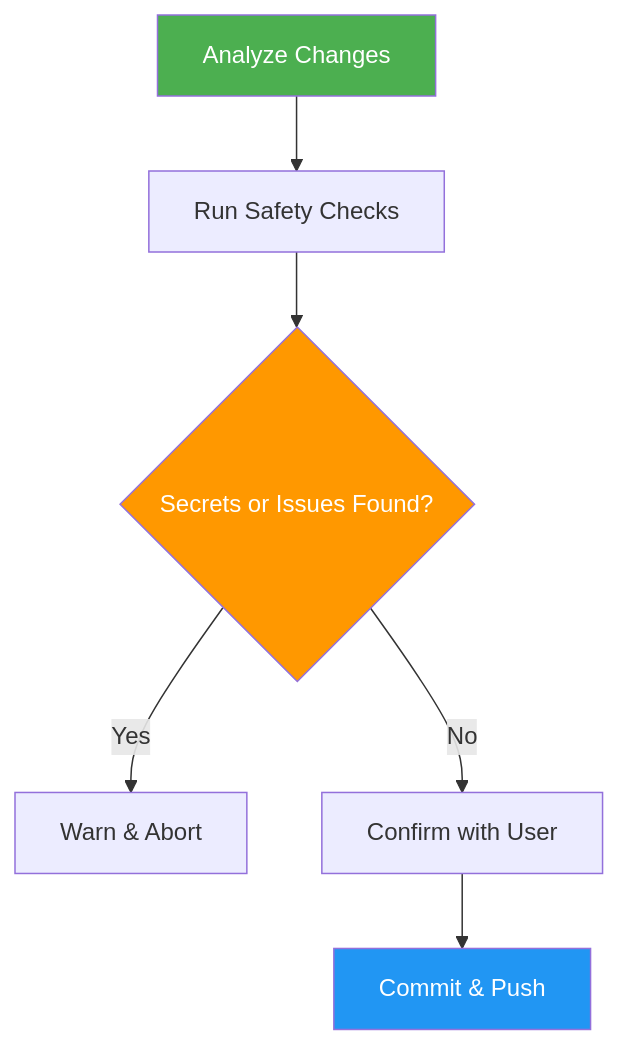
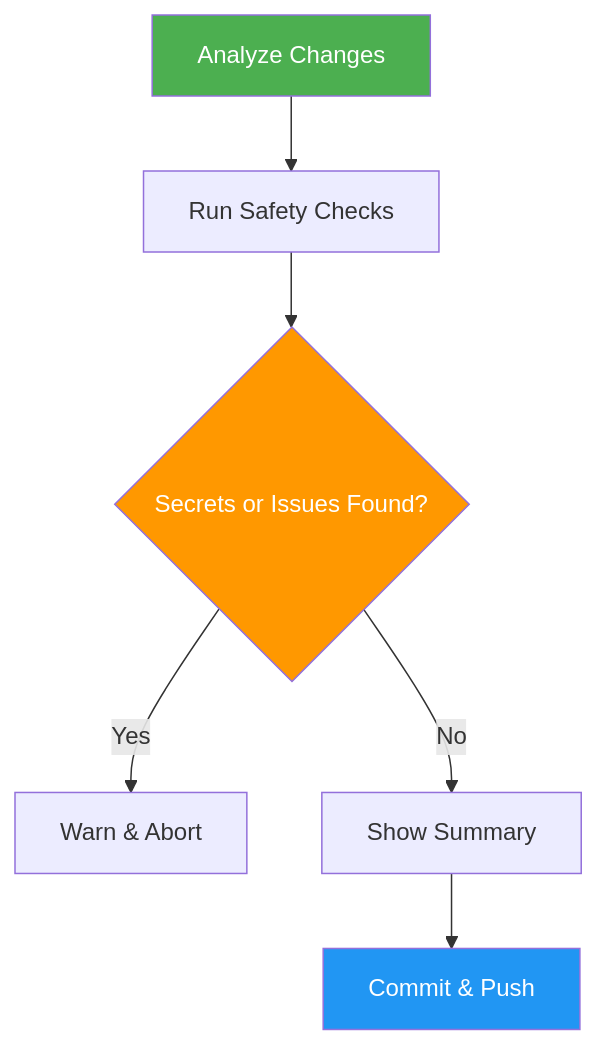
The diagram in skills/auto-push/README.md (luongnv89/skills), drawn with Mermaid before and after one commit. The commit also changed 31 other files, not shown here.

````diff
--- a/skills/auto-push/README.md
+++ b/skills/auto-push/README.md
@@ -22,11 +22,11 @@
 ```mermaid
 graph TD
     A["Analyze Changes"] --> B["Run Safety Checks"]
     B --> C{"Secrets or Issues Found?"}
     C -->|Yes| D["Warn & Abort"]
-    C -->|No| E["Confirm with User"]
+    C -->|No| E["Show Summary"]
     E --> F["Commit & Push"]
     style A fill:#4CAF50,color:#fff
     style C fill:#FF9800,color:#fff
     style F fill:#2196F3,color:#fff
 ```
````
